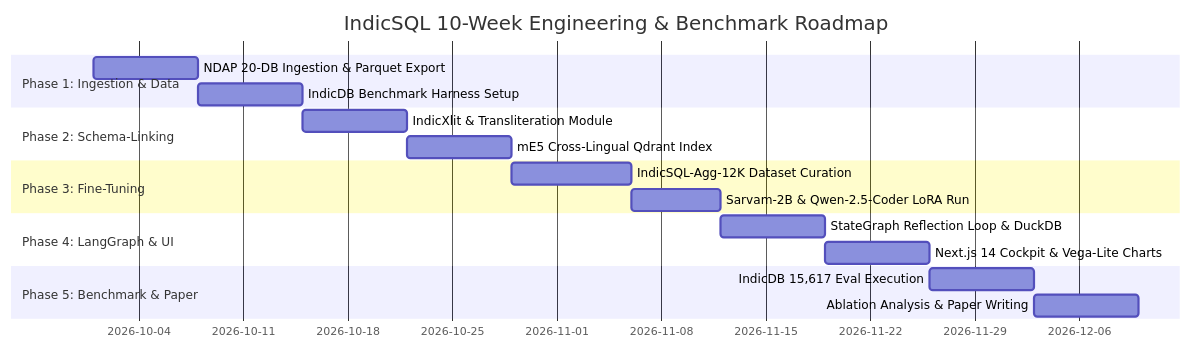
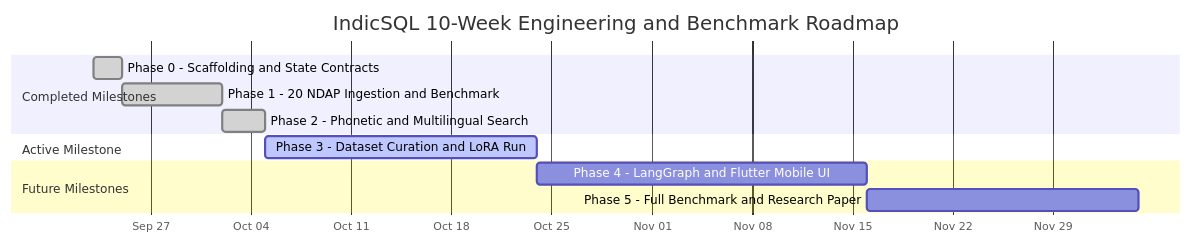
Before and after one commit to ojhaprathmesh/IndicSQL_Repo: diagram 12 of 12 in PLAN.md, drawn with Mermaid. The commit also changed other lines of this file and 6 other files, not shown here.

Commit message:
docs(plan): integrate Flutter voice cockpit & resolve all mermaid rendering errors

````diff
--- a/PLAN.md
+++ b/PLAN.md
@@ -711,20 +788,19 @@
 ```mermaid
 gantt
-    title IndicSQL 10-Week Engineering & Benchmark Roadmap
+    title IndicSQL 10-Week Engineering and Benchmark Roadmap
     dateFormat  YYYY-MM-DD
-    section Phase 1: Ingestion & Data
-    NDAP 20-DB Ingestion & Parquet Export  :p1_1, 2026-10-01, 7d
-    IndicDB Benchmark Harness Setup       :p1_2, after p1_1, 7d
-    section Phase 2: Schema-Linking
-    IndicXlit & Transliteration Module     :p2_1, after p1_2, 7d
-    mE5 Cross-Lingual Qdrant Index        :p2_2, after p2_1, 7d
-    section Phase 3: Fine-Tuning
-    IndicSQL-Agg-12K Dataset Curation     :p3_1, after p2_2, 8d
-    Sarvam-2B & Qwen-2.5-Coder LoRA Run   :p3_2, after p3_1, 6d
-    section Phase 4: LangGraph & UI
-    StateGraph Reflection Loop & DuckDB   :p4_1, after p3_2, 7d
-    Next.js 14 Cockpit & Vega-Lite Charts :p4_2, after p4_1, 7d
-    section Phase 5: Benchmark & Paper
-    IndicDB 15,617 Eval Execution         :p5_1, after p4_2, 7d
-    Ablation Analysis & Paper Writing     :p5_2, after p5_1, 7d
+    axisFormat  %b %d
+    todayMarker stroke-width:3px,stroke:#ff5252,opacity:0.8
+    
+    section Completed Milestones
+    Phase 0 - Scaffolding and State Contracts   :done, p0, 2026-09-23, 2026-09-25
+    Phase 1 - 20 NDAP Ingestion and Benchmark   :done, p1, 2026-09-25, 2026-10-02
+    Phase 2 - Phonetic and Multilingual Search  :done, p2, 2026-10-02, 2026-10-05
+    
+    section Active Milestone
+    Phase 3 - Dataset Curation and LoRA Run     :active, p3, 2026-10-05, 2026-10-24
+    
+    section Future Milestones
+    Phase 4 - LangGraph and Flutter Mobile UI   :p4, 2026-10-24, 2026-11-16
+    Phase 5 - Full Benchmark and Research Paper :p5, 2026-11-16, 2026-12-05
 ```
````
